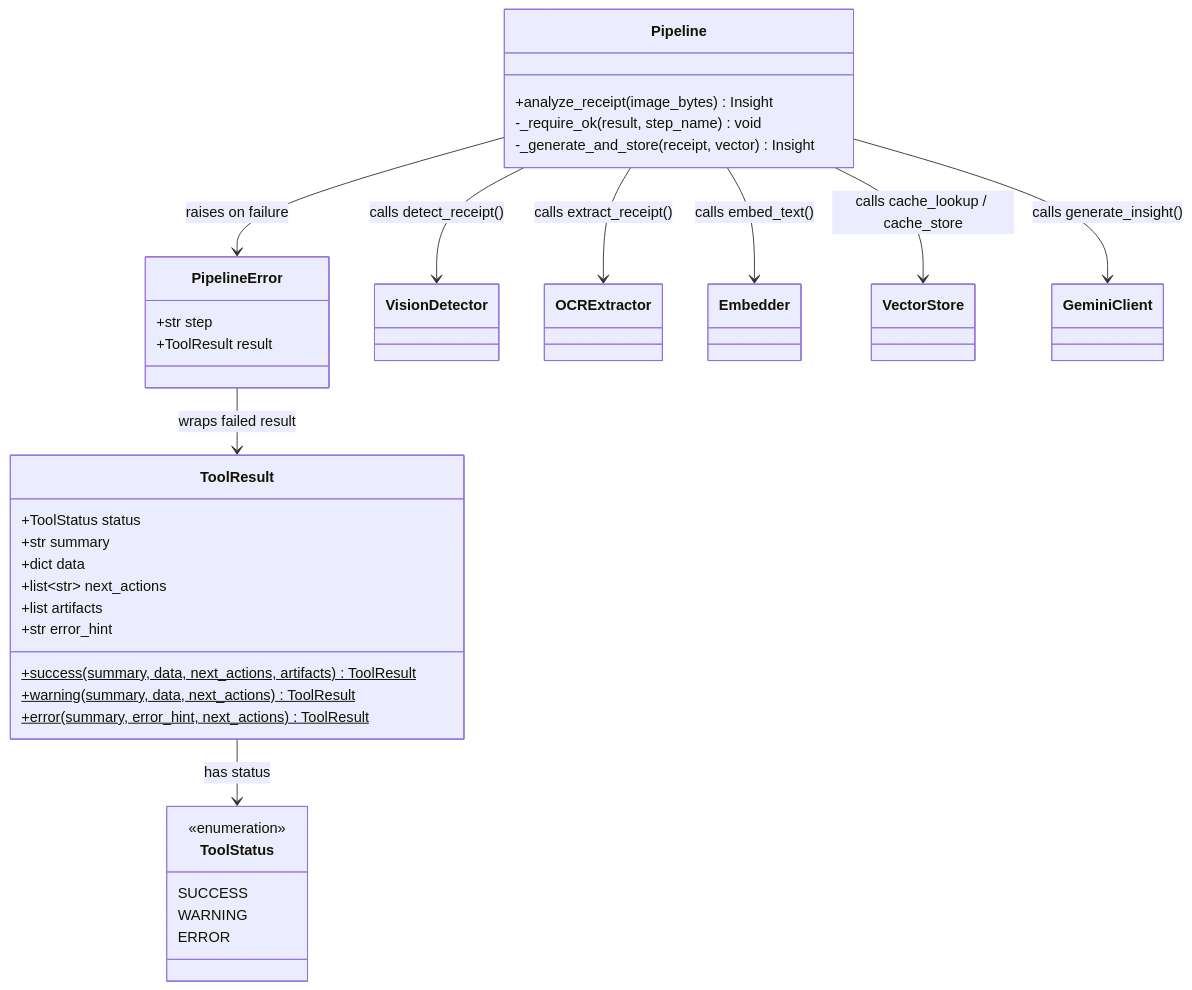
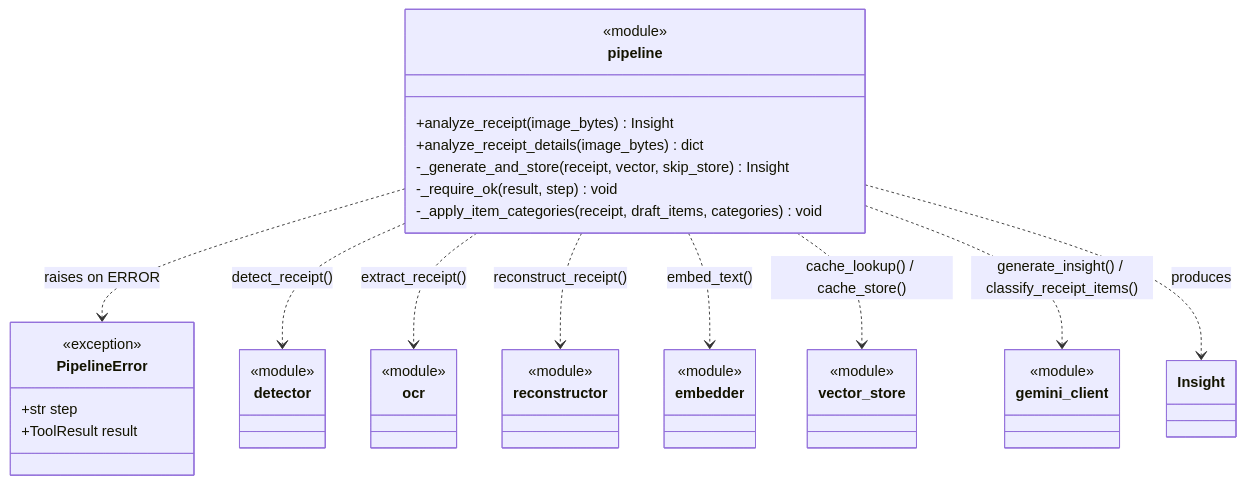
One commit to quanpro147/Spend-Sense-AI changed the fourth of 14 diagrams in docs/SAD.md. Above: the diagram before and after it, drawn with Mermaid. The commit also changed other lines of this file, not shown here.

````diff
--- a/docs/SAD.md
+++ b/docs/SAD.md
@@ -468,41 +521,45 @@
 ```mermaid
 classDiagram
-    class ToolStatus {
-        <<enumeration>>
-        SUCCESS
-        WARNING
-        ERROR
-    }
-
-    class ToolResult {
-        +ToolStatus status
-        +str summary
-        +dict data
-        +list~str~ next_actions
-        +list artifacts
-        +str error_hint
-        +success(summary, data, next_actions, artifacts)$ ToolResult
-        +warning(summary, data, next_actions)$ ToolResult
-        +error(summary, error_hint, next_actions)$ ToolResult
+    class pipeline {
+        <<module>>
+        +analyze_receipt(image_bytes) Insight
+        +analyze_receipt_details(image_bytes) dict
+        -_generate_and_store(receipt, vector, skip_store) Insight
+        -_require_ok(result, step) void
+        -_apply_item_categories(receipt, draft_items, categories) void
     }
 
     class PipelineError {
+        <<exception>>
         +str step
         +ToolResult result
     }
 
-    class Pipeline {
-        +analyze_receipt(image_bytes) Insight
-        -_require_ok(result, step_name) void
-        -_generate_and_store(receipt, vector) Insight
+    class detector {
+        <<module>>
+    }
+    class ocr {
+        <<module>>
+    }
+    class reconstructor {
+        <<module>>
+    }
+    class embedder {
+        <<module>>
+    }
+    class vector_store {
+        <<module>>
+    }
+    class gemini_client {
+        <<module>>
     }
 
-    ToolResult --> ToolStatus : has status
-    PipelineError --> ToolResult : wraps failed result
-    Pipeline --> PipelineError : raises on failure
-    Pipeline --> VisionDetector : calls detect_receipt()
-    Pipeline --> OCRExtractor : calls extract_receipt()
-    Pipeline --> Embedder : calls embed_text()
-    Pipeline --> VectorStore : calls cache_lookup / cache_store
-    Pipeline --> GeminiClient : calls generate_insight()
+    pipeline ..> PipelineError : raises on ERROR
+    pipeline ..> detector : detect_receipt()
+    pipeline ..> ocr : extract_receipt()
+    pipeline ..> reconstructor : reconstruct_receipt()
+    pipeline ..> embedder : embed_text()
+    pipeline ..> vector_store : cache_lookup() / cache_store()
+    pipeline ..> gemini_client : generate_insight() / classify_receipt_items()
+    pipeline ..> Insight : produces
 ```
````
